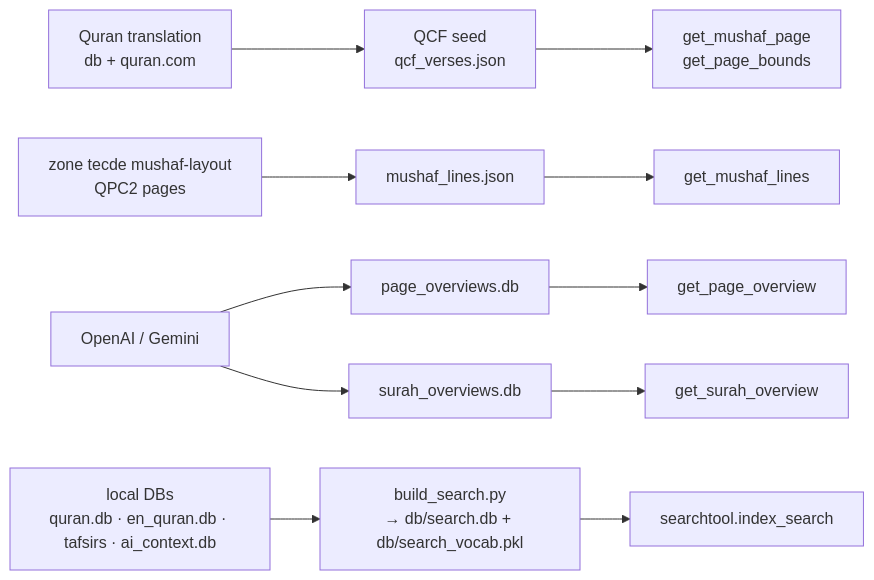
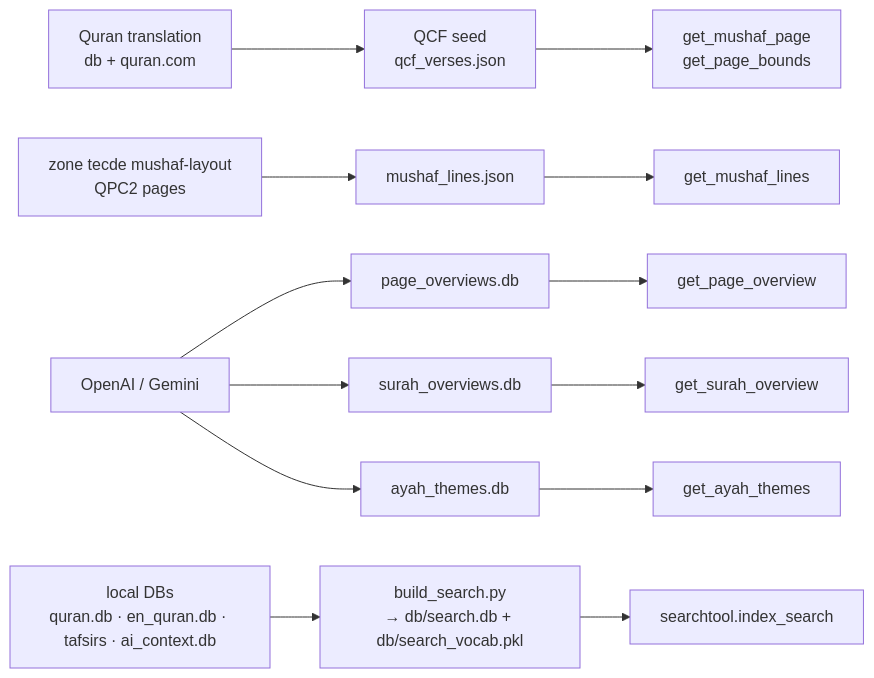
Before and after one commit to OnixHoque/aayatun: diagram 15 of 15 in ARCHITECTURE.md, drawn with Mermaid. The commit also changed other lines of this file and 8 other files, not shown here.

````diff
--- a/ARCHITECTURE.md
+++ b/ARCHITECTURE.md
@@ -1336,13 +1346,15 @@
 ```mermaid
 flowchart LR
     A["Quran translation<br/>db + quran.com"] --> B["QCF seed<br/>qcf_verses.json"]
     C["zone tecde mushaf-layout<br/>QPC2 pages"] --> D["mushaf_lines.json"]
     E["OpenAI / Gemini"] --> F["page_overviews.db"]
     E --> G["surah_overviews.db"]
+    E --> G2["ayah_themes.db"]
     H["local DBs<br/>quran.db · en_quran.db · tafsirs · ai_context.db"] --> I["build_search.py<br/>→ db/search.db + db/search_vocab.pkl"]
     B --> J["get_mushaf_page<br/>get_page_bounds"]
     D --> K["get_mushaf_lines"]
     F --> L["get_page_overview"]
     G --> M["get_surah_overview"]
+    G2 --> M2["get_ayah_themes"]
     I --> N["searchtool.index_search"]
 ```
````
